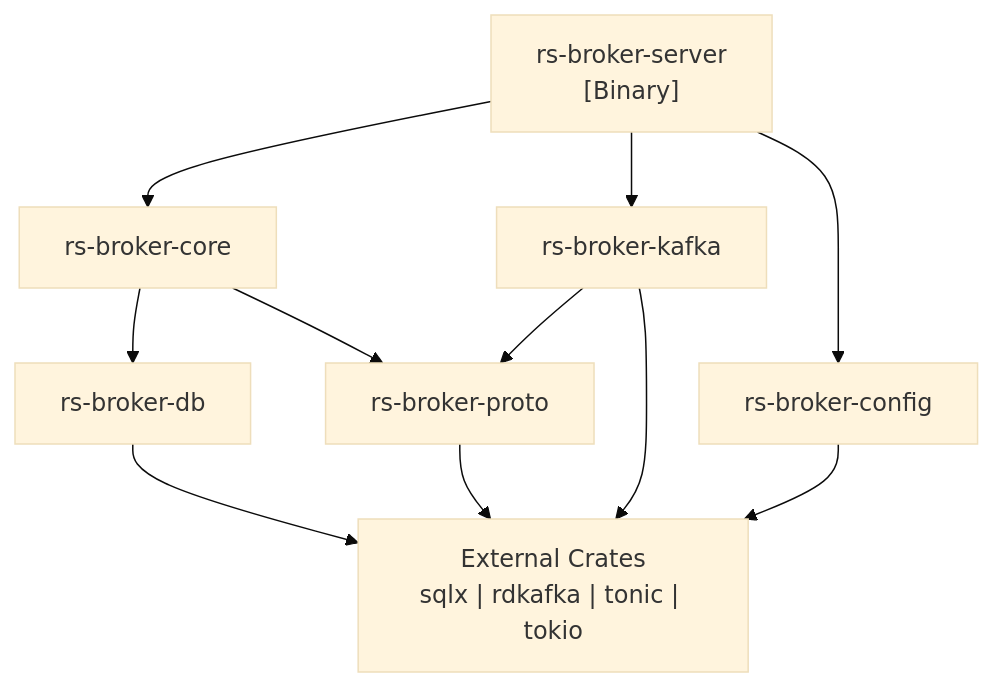
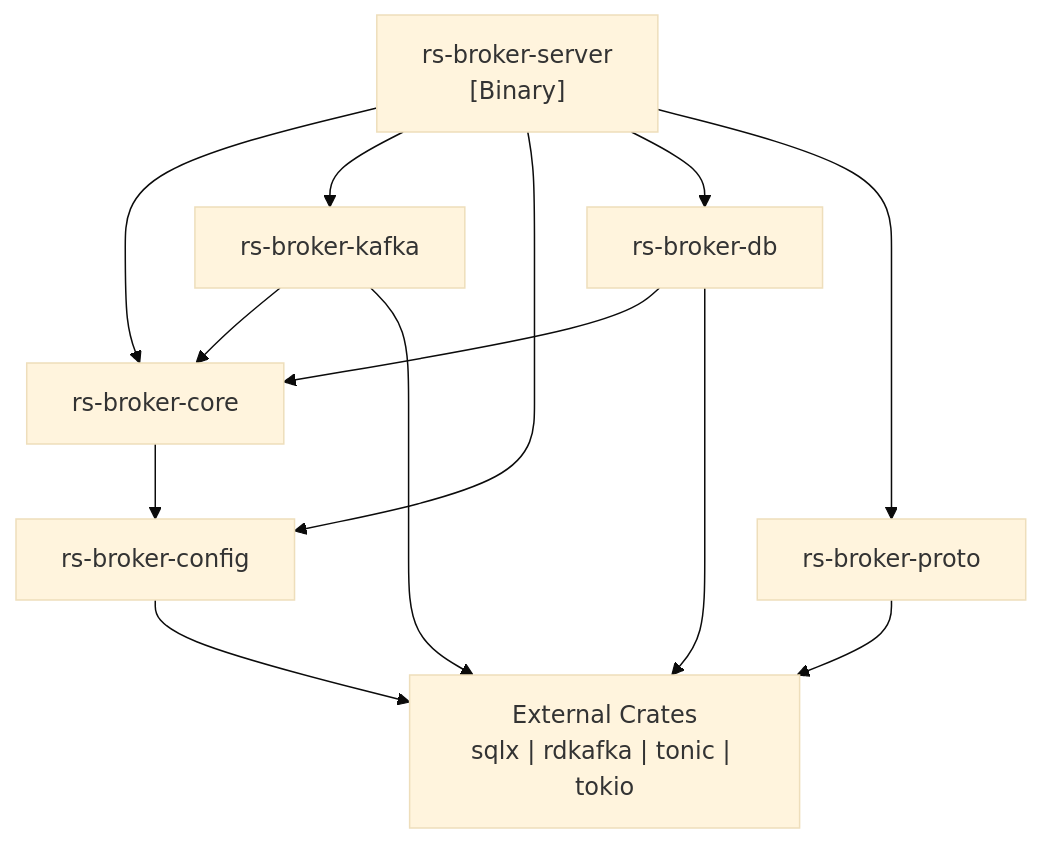
Before and after one commit to bouroo/rs-broker: the diagram in docs/project-structure.md, drawn with Mermaid (base theme). The commit also changed other lines of this file and 1 other file, not shown here.

First line of the commit message:
docs: sync structure and architecture docs to the canonical core layout

````diff
--- a/docs/project-structure.md
+++ b/docs/project-structure.md
@@ -313,21 +315,23 @@
 ```mermaid
 flowchart TB
     server["rs-broker-server<br/>[Binary]"]
     core["rs-broker-core"]
     kafka["rs-broker-kafka"]
     config["rs-broker-config"]
     db["rs-broker-db"]
     proto["rs-broker-proto"]
     external["External Crates<br/>sqlx | rdkafka | tonic | tokio"]
     
     server --> core
     server --> kafka
     server --> config
-    core --> db
-    core --> proto
-    kafka --> proto
+    server --> db
+    server --> proto
+    core --> config
+    db --> core
+    kafka --> core
     db --> external
     kafka --> external
     proto --> external
     config --> external
 ```
````
